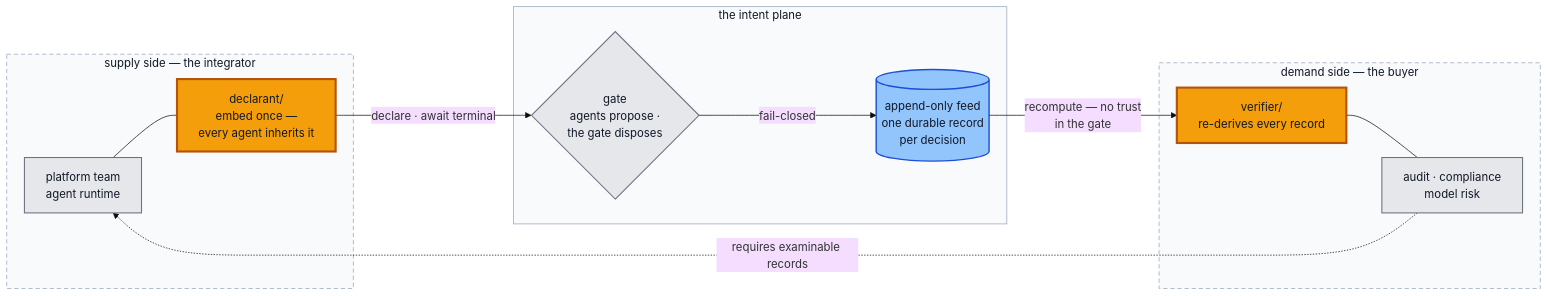
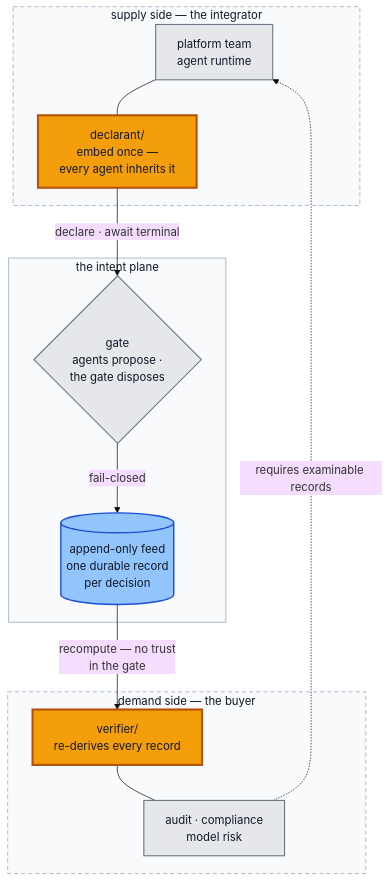
Before and after one commit to hossainpazooki/intent-plane: the first of 3 diagrams in README.md, drawn with Mermaid (base theme).

Commit message:
docs: README diagram

````diff
--- a/README.md
+++ b/README.md
@@ -26,31 +26,31 @@
 ```mermaid
-flowchart LR
+flowchart TD
     subgraph SUPPLY["supply side — the integrator"]
         S["platform team<br/>agent runtime"]
         DECL["declarant/<br/>embed once —<br/>every agent inherits it"]
         S --- DECL
     end
     subgraph PLANE["the intent plane"]
         G{"gate<br/>agents propose ·<br/>the gate disposes"}
         FEED[("append-only feed<br/>one durable record<br/>per decision")]
         G -->|fail-closed| FEED
     end
     subgraph DEMAND["demand side — the buyer"]
         V["verifier/<br/>re-derives every record"]
         D["audit · compliance<br/>model risk"]
         V --- D
     end
     DECL -->|"declare · await terminal"| G
     FEED -->|"recompute — no trust<br/>in the gate"| V
     D -.->|"requires examinable records"| S
 
     classDef neutral fill:#e5e7eb,stroke:#6b7280,stroke-width:1.5px,color:#111827;
     classDef pkg fill:#f59e0b,stroke:#b45309,stroke-width:3px,color:#111827;
     classDef durable fill:#93c5fd,stroke:#1d4ed8,stroke-width:2px,color:#111827;
     class S,D,G neutral;
     class DECL,V pkg;
     class FEED durable;
     style SUPPLY fill:#f8fafc,stroke:#94a3b8,stroke-dasharray:6 4,color:#111827;
     style DEMAND fill:#f8fafc,stroke:#94a3b8,stroke-dasharray:6 4,color:#111827;
     style PLANE fill:#f8fafc,stroke:#94a3b8,color:#111827;
 ```
````
